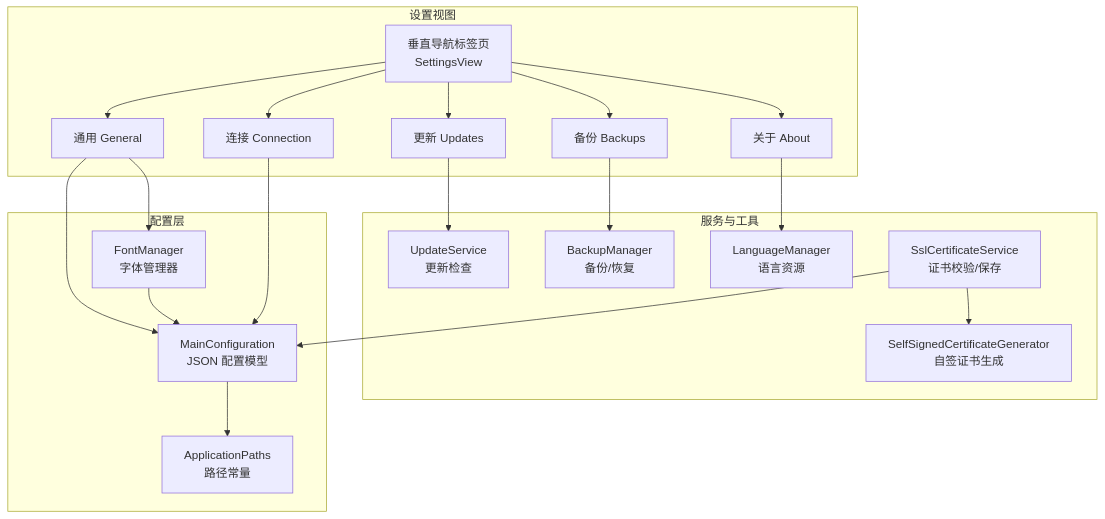
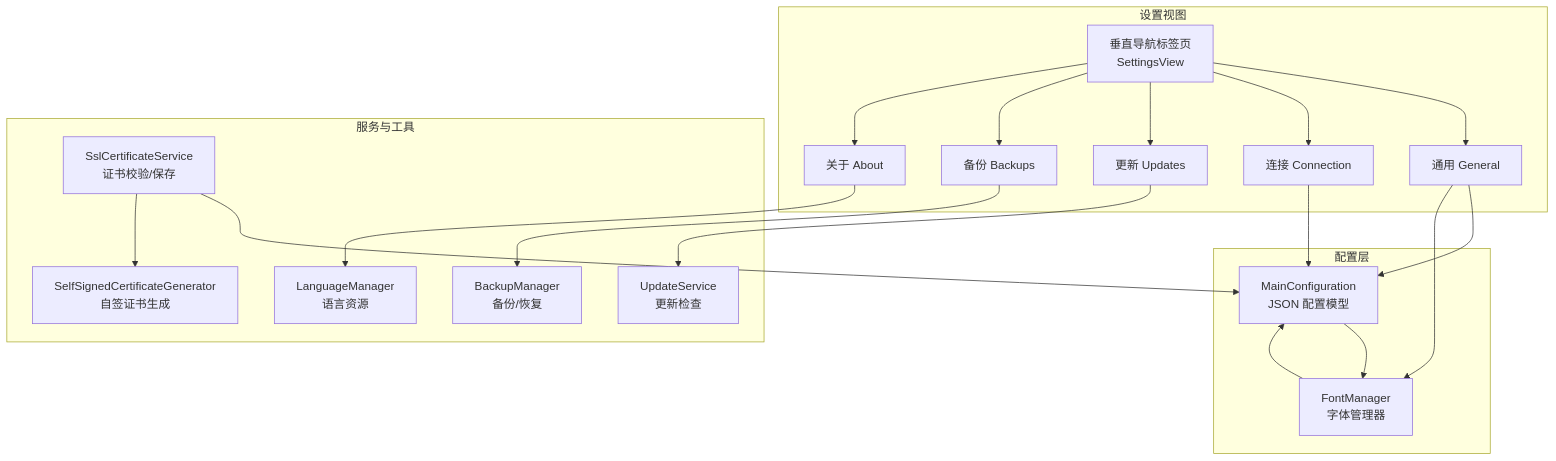
The first of 6 diagrams in .qoder/repowiki/zh/content/图形用户界面/视图管理系统/设置视图.md (tea4go/Macro-Deck), drawn with Mermaid before and after one commit. The commit also changed other lines of this file and 22 other files, not shown here.

````diff
--- a/.qoder/repowiki/zh/content/图形用户界面/视图管理系统/设置视图.md
+++ b/.qoder/repowiki/zh/content/图形用户界面/视图管理系统/设置视图.md
@@ -51,38 +45,37 @@
 ```mermaid
 graph TB
 subgraph "设置视图"
 VT["垂直导航标签页<br/>SettingsView"]
 T1["通用 General"]
 T2["连接 Connection"]
 T3["更新 Updates"]
 T4["备份 Backups"]
 T5["关于 About"]
 end
 subgraph "配置层"
 MC["MainConfiguration<br/>JSON 配置模型"]
-AP["ApplicationPaths<br/>路径常量"]
 FM["FontManager<br/>字体管理器"]
 end
 subgraph "服务与工具"
 LM["LanguageManager<br/>语言资源"]
 US["UpdateService<br/>更新检查"]
 BM["BackupManager<br/>备份/恢复"]
 SSL["SslCertificateService<br/>证书校验/保存"]
 SG["SelfSignedCertificateGenerator<br/>自签证书生成"]
 end
 VT --> T1
 VT --> T2
 VT --> T3
 VT --> T4
 VT --> T5
 T1 --> MC
 T1 --> FM
 T2 --> MC
 T3 --> US
 T4 --> BM
 T5 --> LM
-MC --> AP
+MC --> FM
 SSL --> MC
 SSL --> SG
 FM --> MC
 ```
````
